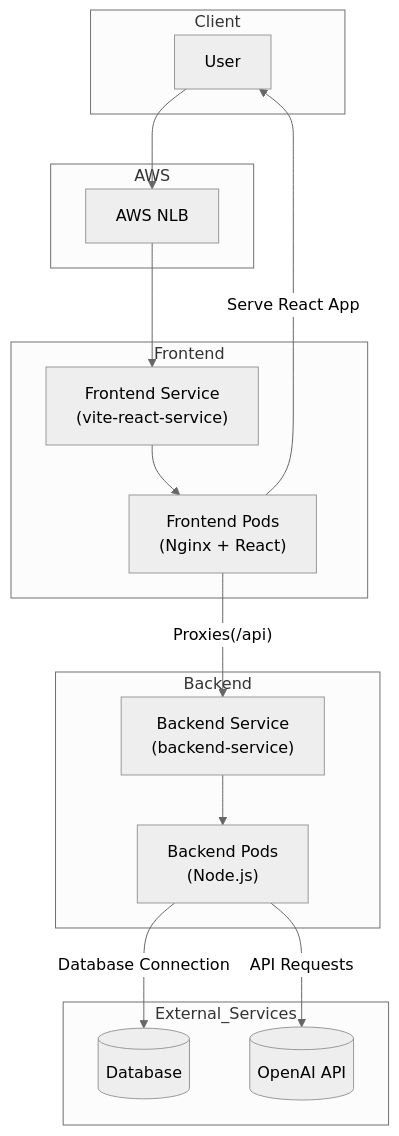
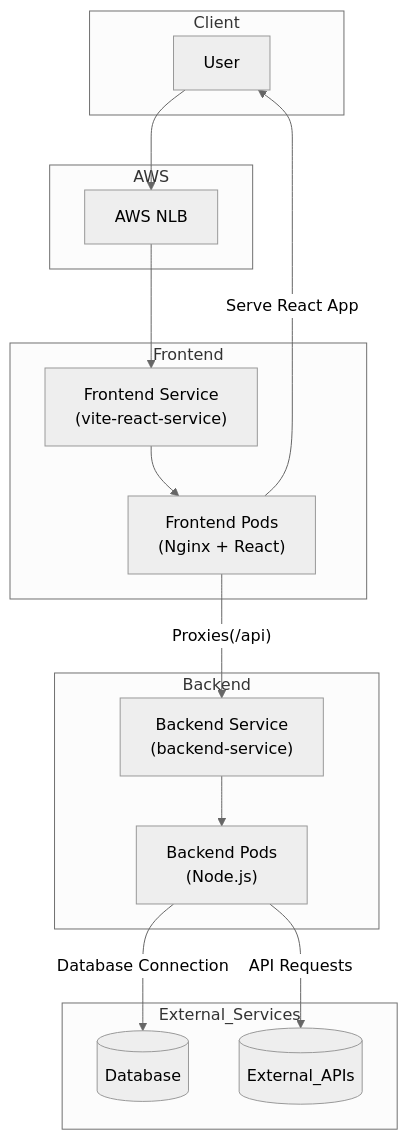
The first of 2 diagrams in readme.md (barmoshe/Wix-devops-workshop-final-project), drawn with Mermaid (neutral theme) before and after one commit.

````diff
--- a/readme.md
+++ b/readme.md
@@ -161,34 +161,34 @@
 ```mermaid
 graph TD
     subgraph Client
         User
     end
 
     subgraph AWS
         NLB["AWS NLB"]
     end
 
     subgraph Frontend
         FrontendService["Frontend Service<br>(vite-react-service)"]
         FrontendPods["Frontend Pods<br>(Nginx + React)"]
     end
 
     subgraph Backend
         BackendService["Backend Service<br>(backend-service)"]
         BackendPods["Backend Pods<br>(Node.js)"]
     end
 
     subgraph External_Services
         Database[(Database)]
-        OpenAI_API[(OpenAI API)]
+      External_APIs[(External_APIs)]
     end
 
     User --> NLB
     NLB --> FrontendService
     FrontendService --> FrontendPods
     FrontendPods -->|Serve React App| User
     FrontendPods -- Proxies(/api) --> BackendService
     BackendService --> BackendPods
     BackendPods -->|Database Connection| Database
-    BackendPods -->|API Requests| OpenAI_API
+    BackendPods -->|API Requests| External_APIs
 ```
````
